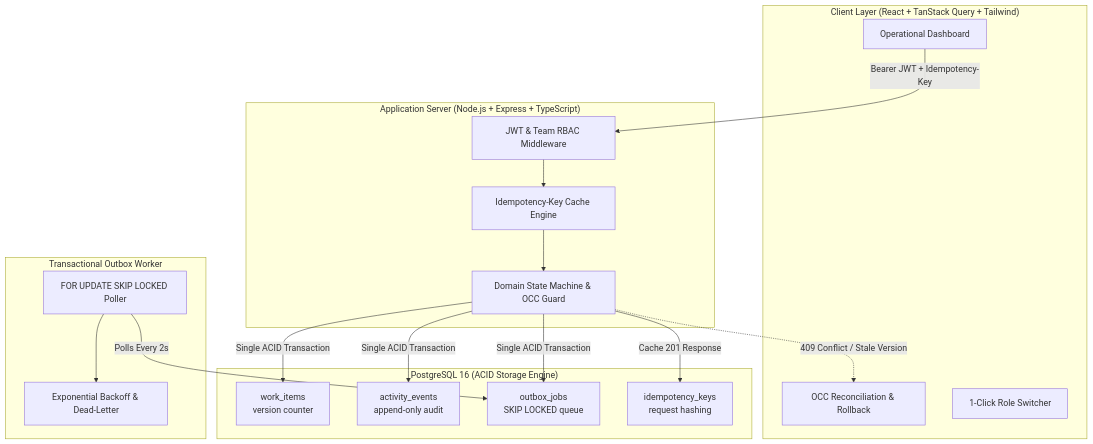
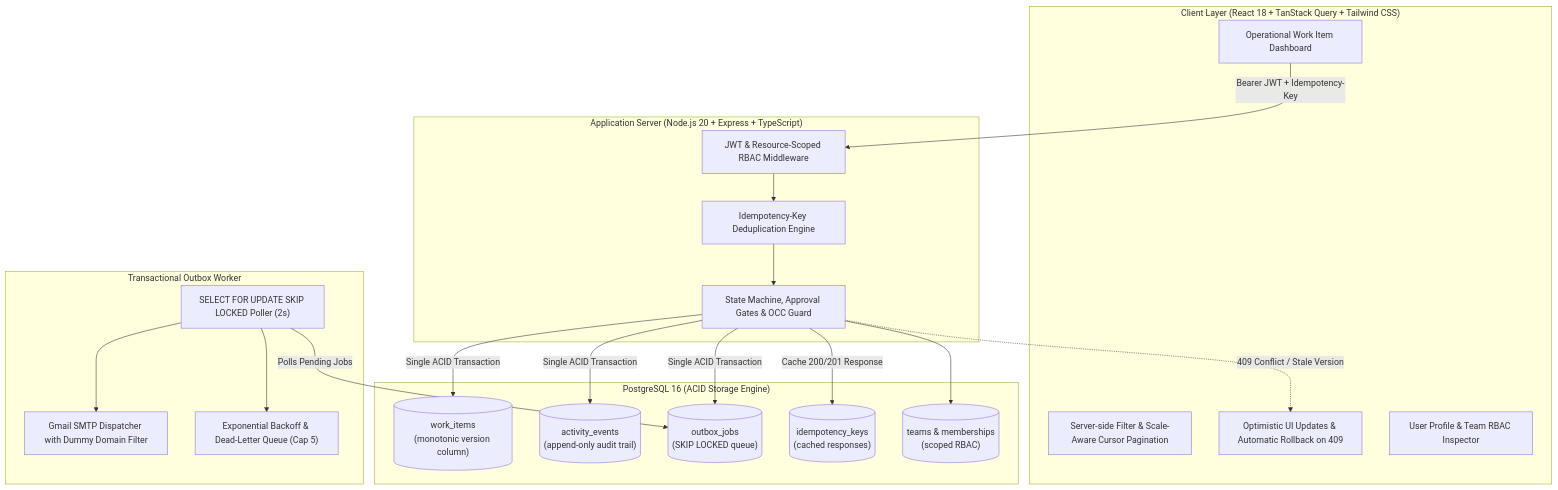
The diagram in README.md (Aryandubey825/newtonite-ops), drawn with Mermaid before and after one commit. The commit also changed other lines of this file and 3 other files, not shown here.

Commit message:
docs: comprehensive README with architecture, credentials, and white card styling for workspace dropdown

````diff
--- a/README.md
+++ b/README.md
@@ -14,37 +22,42 @@
 ```mermaid
 flowchart TD
-    subgraph Browser ["Client Layer (React + TanStack Query + Tailwind)"]
-        UI[Operational Dashboard]
-        OCC_UI[OCC Reconciliation & Rollback]
-        Switcher[1-Click Role Switcher]
+    subgraph Client ["Client Layer (React 18 + TanStack Query + Tailwind CSS)"]
+        UI["Operational Work Item Dashboard"]
+        Filter["Server-side Filter & Scale-Aware Cursor Pagination"]
+        OCC_UI["Optimistic UI Updates & Automatic Rollback on 409"]
+        ProfileMenu["User Profile & Team RBAC Inspector"]
     end
 
-    subgraph API ["Application Server (Node.js + Express + TypeScript)"]
-        AuthMW[JWT & Team RBAC Middleware]
-        IdempMW[Idempotency-Key Cache Engine]
-        Domain[Domain State Machine & OCC Guard]
+    subgraph API ["Application Server (Node.js 20 + Express + TypeScript)"]
+        AuthMW["JWT & Resource-Scoped RBAC Middleware"]
+        IdempMW["Idempotency-Key Deduplication Engine"]
+        Domain["State Machine, Approval Gates & OCC Guard"]
     end
 
     subgraph DB ["PostgreSQL 16 (ACID Storage Engine)"]
-        WI[work_items\nversion counter]
-        AE[activity_events\nappend-only audit]
-        OB[outbox_jobs\nSKIP LOCKED queue]
-        IK[idempotency_keys\nrequest hashing]
+        WI[("work_items\n(monotonic version column)")]
+        AE[("activity_events\n(append-only audit trail)")]
+        OB[("outbox_jobs\n(SKIP LOCKED queue)")]
+        IK[("idempotency_keys\n(cached responses)")]
+        TM[("teams & memberships\n(scoped RBAC)")]
     end
 
     subgraph Worker ["Transactional Outbox Worker"]
-        Poller[FOR UPDATE SKIP LOCKED Poller]
-        Backoff[Exponential Backoff & Dead-Letter]
+        Poller["SELECT FOR UPDATE SKIP LOCKED Poller (2s)"]
+        Mailer["Gmail SMTP Dispatcher with Dummy Domain Filter"]
+        Backoff["Exponential Backoff & Dead-Letter Queue (Cap 5)"]
     end
 
     UI -->|Bearer JWT + Idempotency-Key| AuthMW
     AuthMW --> IdempMW
     IdempMW --> Domain
     Domain -->|Single ACID Transaction| WI
     Domain -->|Single ACID Transaction| AE
     Domain -->|Single ACID Transaction| OB
-    Domain -->|Cache 201 Response| IK
-    Poller -->|Polls Every 2s| OB
+    Domain -->|Cache 200/201 Response| IK
+    Domain --> TM
+    Poller -->|Polls Pending Jobs| OB
+    Poller --> Mailer
     Poller --> Backoff
     Domain -.->|409 Conflict / Stale Version| OCC_UI
 ```
````
